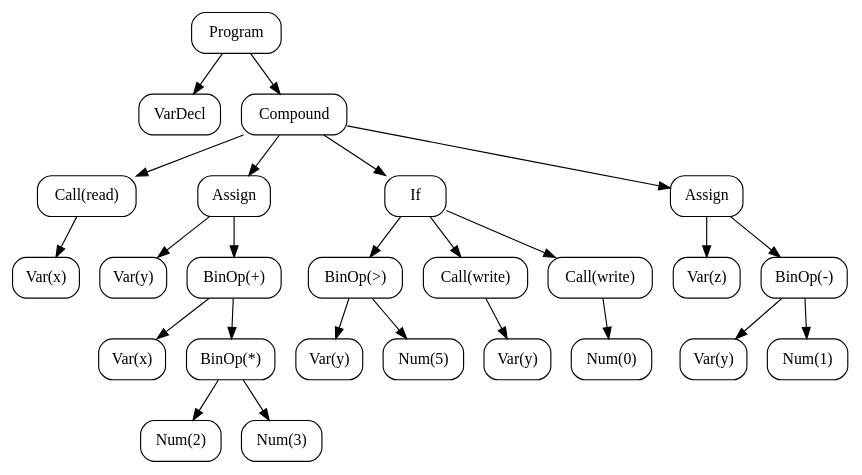
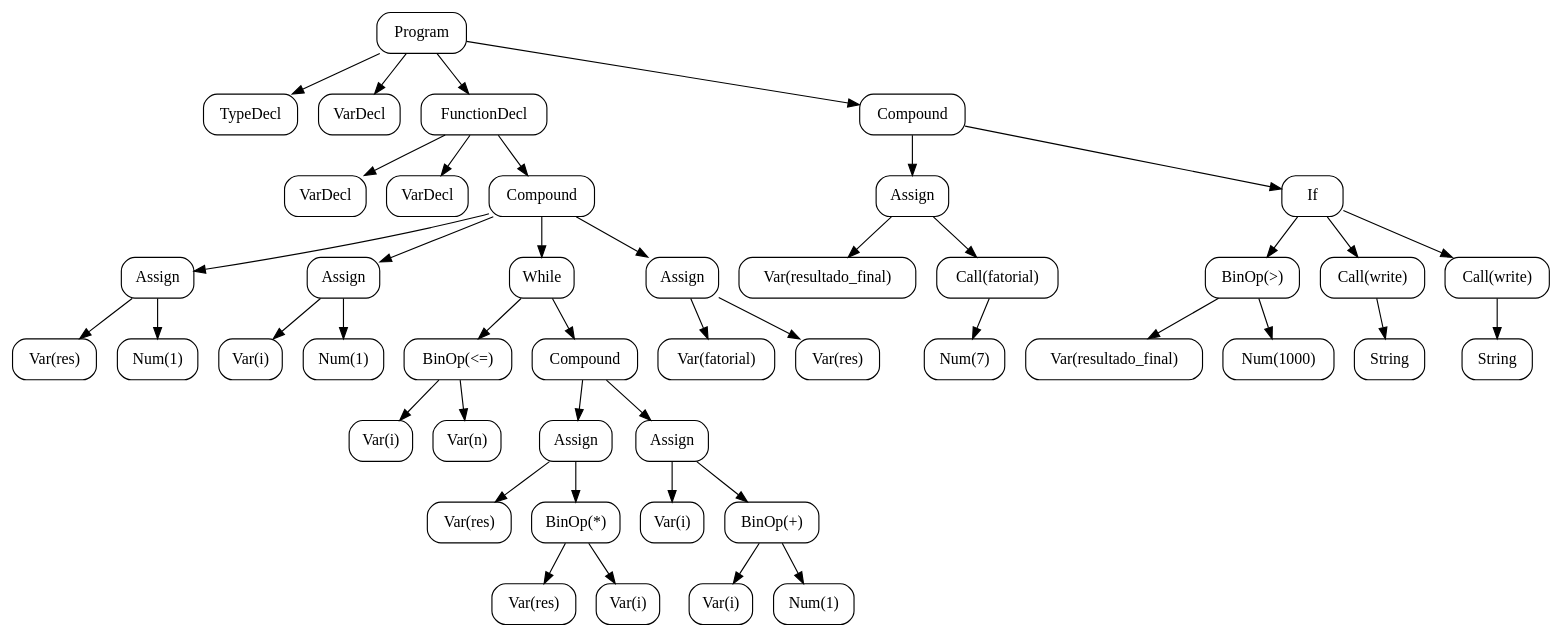
Before and after one commit to KassianoV/CompPas: the diagram in export/ast.dot, drawn with Graphviz. The commit also changed 13 other files, not shown here.

```diff
--- a/export/ast.dot
+++ b/export/ast.dot
@@ -1,51 +1,89 @@
 digraph AST {
   n1 [label="Program", shape=box, style=rounded];
-  n2 [label="VarDecl", shape=box, style=rounded];
+  n2 [label="TypeDecl", shape=box, style=rounded];
   n1 -> n2;
-  n3 [label="Compound", shape=box, style=rounded];
+  n3 [label="VarDecl", shape=box, style=rounded];
   n1 -> n3;
-  n4 [label="Call(read)", shape=box, style=rounded];
-  n3 -> n4;
-  n5 [label="Var(x)", shape=box, style=rounded];
+  n4 [label="FunctionDecl", shape=box, style=rounded];
+  n1 -> n4;
+  n5 [label="VarDecl", shape=box, style=rounded];
   n4 -> n5;
-  n6 [label="Assign", shape=box, style=rounded];
-  n3 -> n6;
-  n7 [label="Var(y)", shape=box, style=rounded];
-  n6 -> n7;
-  n8 [label="BinOp(+)", shape=box, style=rounded];
-  n6 -> n8;
-  n9 [label="Var(x)", shape=box, style=rounded];
+  n6 [label="VarDecl", shape=box, style=rounded];
+  n4 -> n6;
+  n7 [label="Compound", shape=box, style=rounded];
+  n4 -> n7;
+  n8 [label="Assign", shape=box, style=rounded];
+  n7 -> n8;
+  n9 [label="Var(res)", shape=box, style=rounded];
   n8 -> n9;
-  n10 [label="BinOp(*)", shape=box, style=rounded];
+  n10 [label="Num(1)", shape=box, style=rounded];
   n8 -> n10;
-  n11 [label="Num(2)", shape=box, style=rounded];
-  n10 -> n11;
-  n12 [label="Num(3)", shape=box, style=rounded];
-  n10 -> n12;
-  n13 [label="If", shape=box, style=rounded];
-  n3 -> n13;
-  n14 [label="BinOp(>)", shape=box, style=rounded];
-  n13 -> n14;
-  n15 [label="Var(y)", shape=box, style=rounded];
+  n11 [label="Assign", shape=box, style=rounded];
+  n7 -> n11;
+  n12 [label="Var(i)", shape=box, style=rounded];
+  n11 -> n12;
+  n13 [label="Num(1)", shape=box, style=rounded];
+  n11 -> n13;
+  n14 [label="While", shape=box, style=rounded];
+  n7 -> n14;
+  n15 [label="BinOp(<=)", shape=box, style=rounded];
   n14 -> n15;
-  n16 [label="Num(5)", shape=box, style=rounded];
-  n14 -> n16;
-  n17 [label="Call(write)", shape=box, style=rounded];
-  n13 -> n17;
-  n18 [label="Var(y)", shape=box, style=rounded];
-  n17 -> n18;
-  n19 [label="Call(write)", shape=box, style=rounded];
-  n13 -> n19;
-  n20 [label="Num(0)", shape=box, style=rounded];
+  n16 [label="Var(i)", shape=box, style=rounded];
+  n15 -> n16;
+  n17 [label="Var(n)", shape=box, style=rounded];
+  n15 -> n17;
+  n18 [label="Compound", shape=box, style=rounded];
+  n14 -> n18;
+  n19 [label="Assign", shape=box, style=rounded];
+  n18 -> n19;
+  n20 [label="Var(res)", shape=box, style=rounded];
   n19 -> n20;
-  n21 [label="Assign", shape=box, style=rounded];
-  n3 -> n21;
-  n22 [label="Var(z)", shape=box, style=rounded];
+  n21 [label="BinOp(*)", shape=box, style=rounded];
+  n19 -> n21;
+  n22 [label="Var(res)", shape=box, style=rounded];
   n21 -> n22;
-  n23 [label="BinOp(-)", shape=box, style=rounded];
+  n23 [label="Var(i)", shape=box, style=rounded];
   n21 -> n23;
-  n24 [label="Var(y)", shape=box, style=rounded];
-  n23 -> n24;
-  n25 [label="Num(1)", shape=box, style=rounded];
-  n23 -> n25;
+  n24 [label="Assign", shape=box, style=rounded];
+  n18 -> n24;
+  n25 [label="Var(i)", shape=box, style=rounded];
+  n24 -> n25;
+  n26 [label="BinOp(+)", shape=box, style=rounded];
+  n24 -> n26;
+  n27 [label="Var(i)", shape=box, style=rounded];
+  n26 -> n27;
+  n28 [label="Num(1)", shape=box, style=rounded];
+  n26 -> n28;
+  n29 [label="Assign", shape=box, style=rounded];
+  n7 -> n29;
+  n30 [label="Var(fatorial)", shape=box, style=rounded];
+  n29 -> n30;
+  n31 [label="Var(res)", shape=box, style=rounded];
+  n29 -> n31;
+  n32 [label="Compound", shape=box, style=rounded];
+  n1 -> n32;
+  n33 [label="Assign", shape=box, style=rounded];
+  n32 -> n33;
+  n34 [label="Var(resultado_final)", shape=box, style=rounded];
+  n33 -> n34;
+  n35 [label="Call(fatorial)", shape=box, style=rounded];
+  n33 -> n35;
+  n36 [label="Num(7)", shape=box, style=rounded];
+  n35 -> n36;
+  n37 [label="If", shape=box, style=rounded];
+  n32 -> n37;
+  n38 [label="BinOp(>)", shape=box, style=rounded];
+  n37 -> n38;
+  n39 [label="Var(resultado_final)", shape=box, style=rounded];
+  n38 -> n39;
+  n40 [label="Num(1000)", shape=box, style=rounded];
+  n38 -> n40;
+  n41 [label="Call(write)", shape=box, style=rounded];
+  n37 -> n41;
+  n42 [label="String", shape=box, style=rounded];
+  n41 -> n42;
+  n43 [label="Call(write)", shape=box, style=rounded];
+  n37 -> n43;
+  n44 [label="String", shape=box, style=rounded];
+  n43 -> n44;
 }
```
